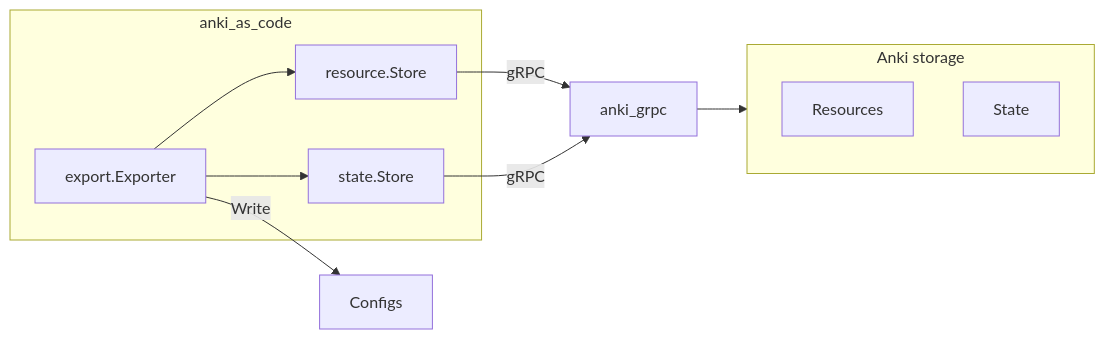
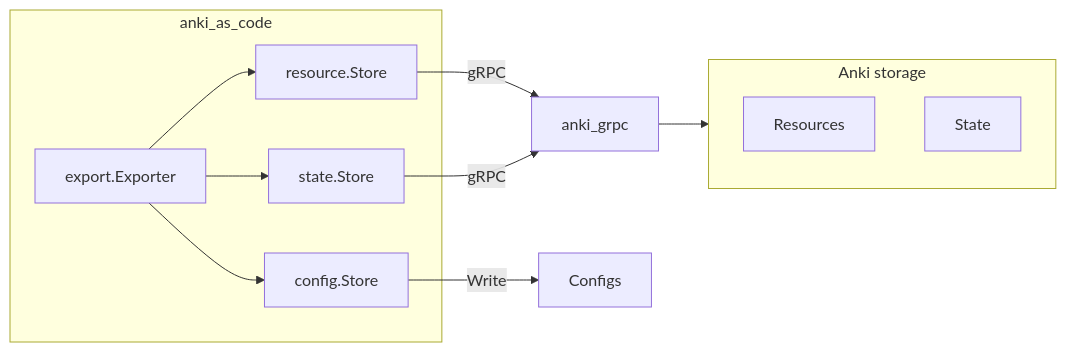
The diagram in projects/anki_as_code/docs/export.mmd (alwaldend/src), drawn with Mermaid before and after one commit. The commit also changed 18 other files, not shown here.

```diff
--- a/projects/anki_as_code/docs/export.mmd
+++ b/projects/anki_as_code/docs/export.mmd
@@ -1,22 +1,24 @@
 flowchart LR
     subgraph application["anki_as_code"]
         exporter["export.Exporter"]
         resources["resource.Store"]
         states["state.Store"]
+        files["config.Store"]
 
         exporter --> resources
         exporter --> states
+        exporter --> files
     end
 
     connection["anki_grpc"]
     configs["Configs"]
 
     subgraph storage["Anki storage"]
         storedResources["Resources"]
         state["State"]
     end
 
     resources -->|gRPC| connection
     states -->|gRPC| connection
     connection --> storage
-    exporter -->|Write| configs
+    files -->|Write| configs
```
